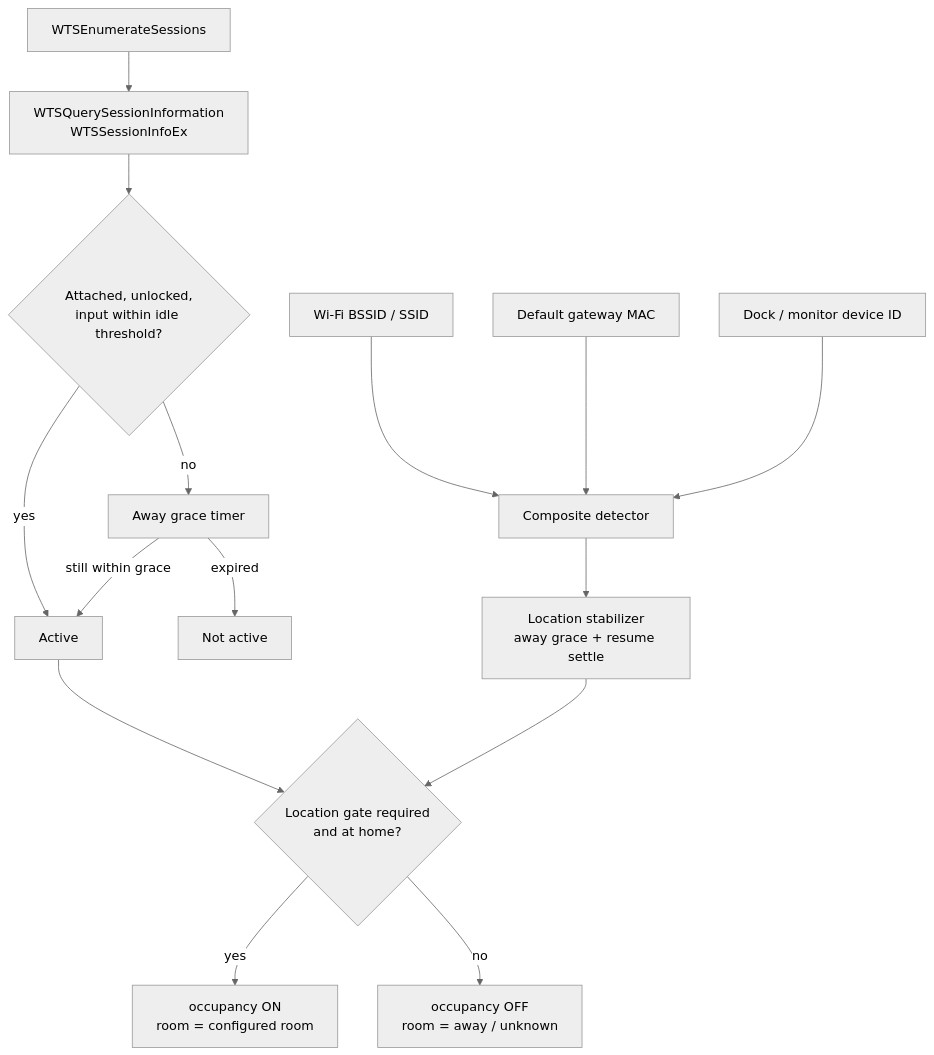
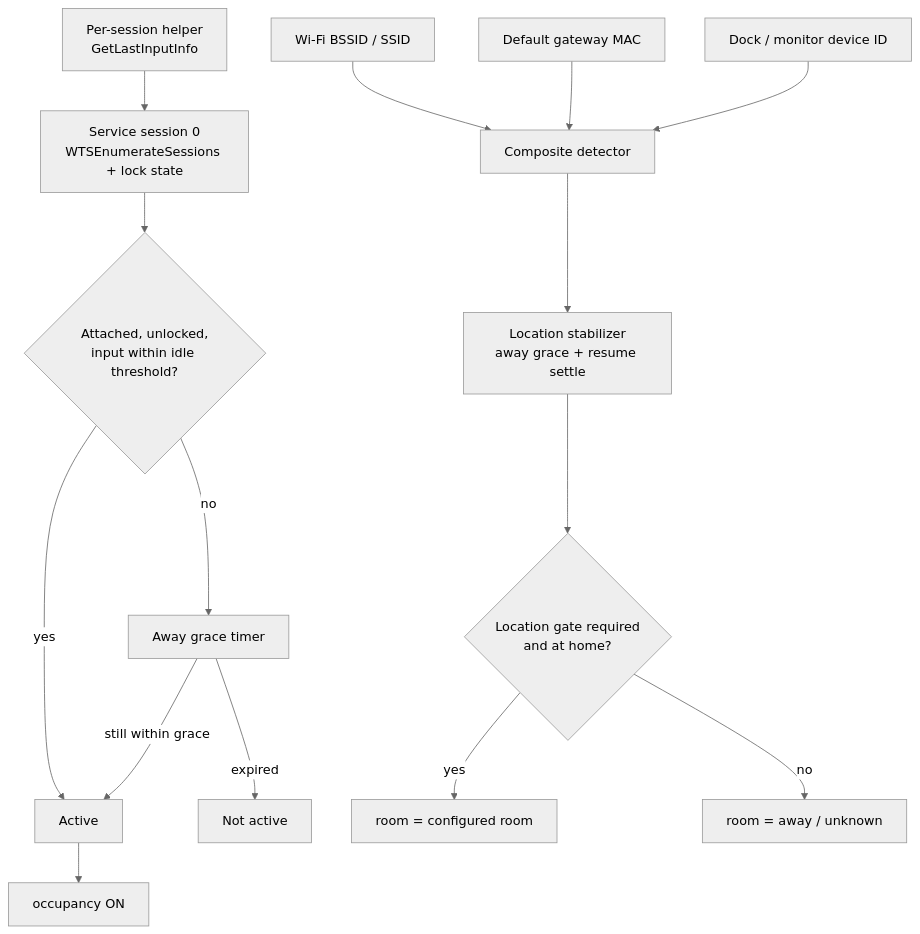
The diagram in README.md (stephenmann/HA-ActiveUserForWindows), drawn with Mermaid (neutral theme) before and after one commit. The commit also changed other lines of this file and 18 other files, not shown here.

````diff
--- a/README.md
+++ b/README.md
@@ -47,19 +47,19 @@
 ```mermaid
 flowchart TD
-    A[WTSEnumerateSessions] --> B[WTSQuerySessionInformation<br/>WTSSessionInfoEx]
+    A[Per-session helper<br/>GetLastInputInfo] --> B[Service session 0<br/>WTSEnumerateSessions + lock state]
     B --> C{Attached, unlocked,<br/>input within idle threshold?}
     C -- no --> D[Away grace timer]
     C -- yes --> E[Active]
     D -- expired --> F[Not active]
     D -- still within grace --> E
 
     G[Wi-Fi BSSID / SSID] --> J[Composite detector]
     H[Default gateway MAC] --> J
     I[Dock / monitor device ID] --> J
     J --> K[Location stabilizer<br/>away grace + resume settle]
 
-    E --> L{Location gate required<br/>and at home?}
-    K --> L
-    L -- yes --> M[occupancy ON<br/>room = configured room]
-    L -- no --> N[occupancy OFF<br/>room = away / unknown]
+    E --> M[occupancy ON]
+    K --> L{Location gate required<br/>and at home?}
+    L -- yes --> N[room = configured room]
+    L -- no --> O[room = away / unknown]
 ```
````
